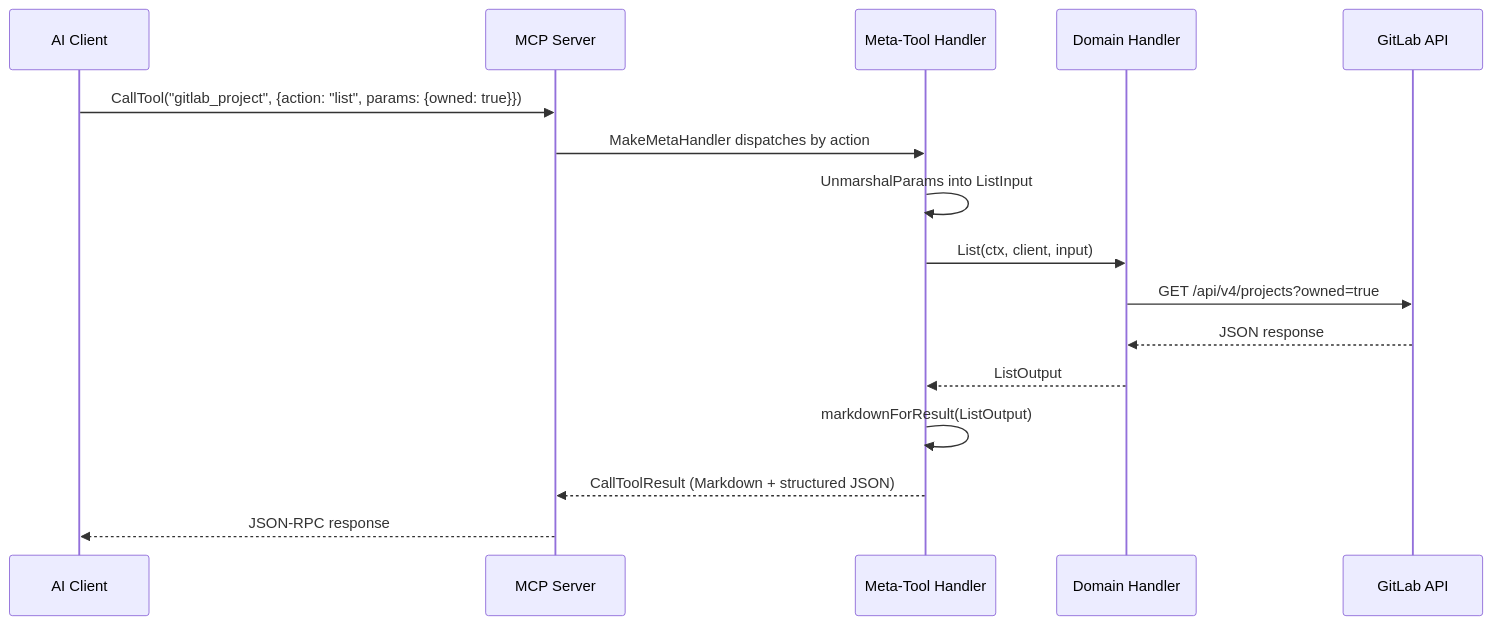
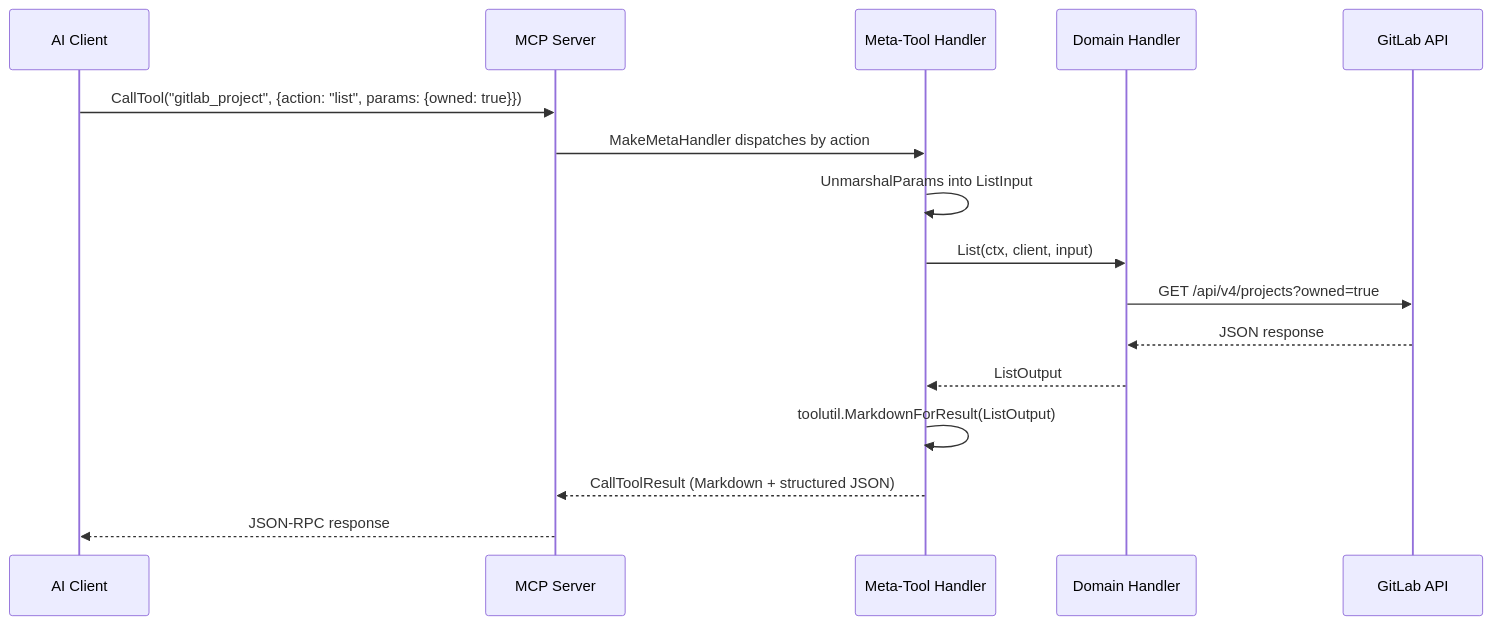
The fourth of 11 diagrams in docs/architecture.md (jmrplens/gitlab-mcp-server), drawn with Mermaid before and after one commit. The commit also changed other lines of this file and 1137 other files, not shown here.

````diff
--- a/docs/architecture.md
+++ b/docs/architecture.md
@@ -265,19 +275,19 @@
 ```mermaid
 sequenceDiagram
     participant LLM as AI Client
     participant MCP as MCP Server
     participant META as Meta-Tool Handler
     participant TOOL as Domain Handler
     participant GL as GitLab API
 
     LLM->>MCP: CallTool("gitlab_project", {action: "list", params: {owned: true}})
     MCP->>META: MakeMetaHandler dispatches by action
     META->>META: UnmarshalParams into ListInput
     META->>TOOL: List(ctx, client, input)
     TOOL->>GL: GET /api/v4/projects?owned=true
     GL-->>TOOL: JSON response
     TOOL-->>META: ListOutput
-    META->>META: markdownForResult(ListOutput)
+    META->>META: toolutil.MarkdownForResult(ListOutput)
     META-->>MCP: CallToolResult (Markdown + structured JSON)
     MCP-->>LLM: JSON-RPC response
 ```
````
